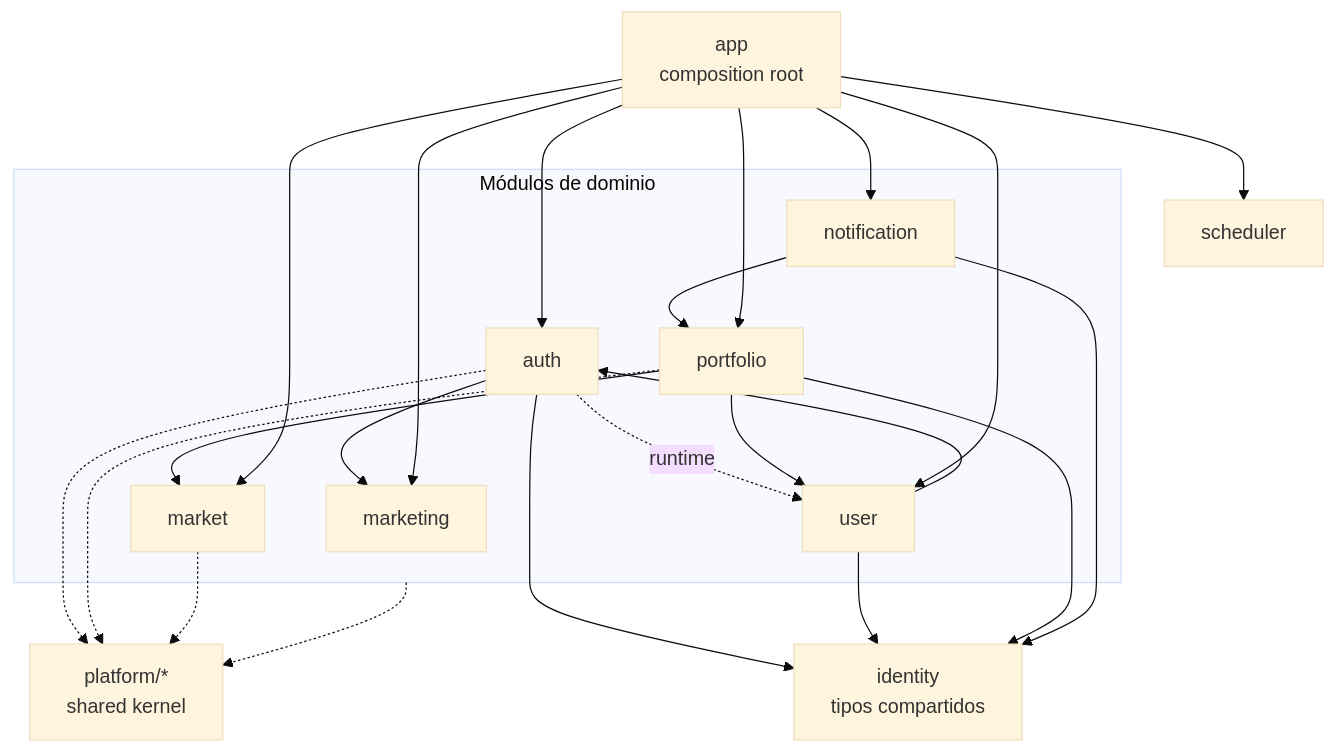
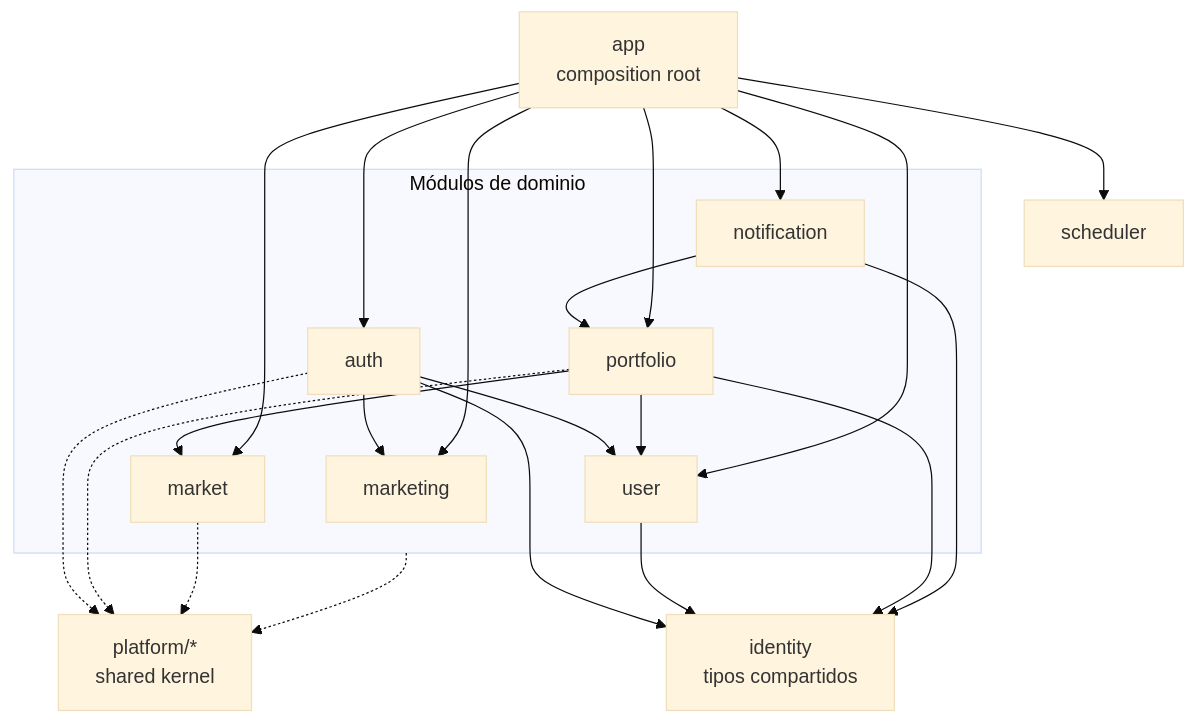
The diagram in docs/ARCHITECTURE.md (yeferson59/finexia-app), drawn with Mermaid (base theme) before and after one commit. The commit also changed other lines of this file and 25 other files, not shown here.

First line of the commit message:
refactor(app): break the auth/user cycle; all wiring by constructor

````diff
--- a/docs/ARCHITECTURE.md
+++ b/docs/ARCHITECTURE.md
@@ -94,32 +91,31 @@
 ```mermaid
 graph TD
     app[app<br/>composition root]
     subgraph domain[Módulos de dominio]
         auth --> marketing
-        user --> auth
-        auth -. runtime .-> user
+        auth --> user
         portfolio --> user
         portfolio --> market
         notification --> portfolio
     end
     identity[identity<br/>tipos compartidos]
     platform[platform/*<br/>shared kernel]
 
     app --> auth
     app --> user
     app --> portfolio
     app --> market
     app --> marketing
     app --> notification
     app --> scheduler
 
     auth --> identity
     user --> identity
     portfolio --> identity
     notification --> identity
 
     auth -.-> platform
     portfolio -.-> platform
     market -.-> platform
     domain -.-> platform
 ```
````
